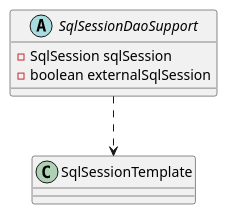
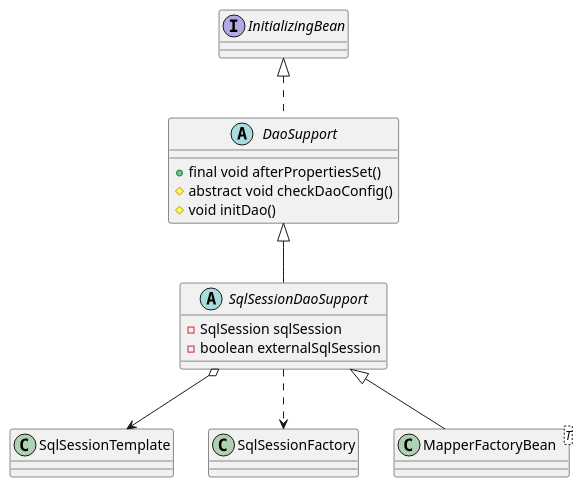
The diagram in 20-framework/src/mybatis/mybatis-spring/support/SqlSessionDaoSupport.md (onlyonion/development), drawn with PlantUML before and after one commit. The commit also changed other lines of this file and 54 other files, not shown here.

Commit message:
mybatis spring

````diff
--- a/20-framework/src/mybatis/mybatis-spring/support/SqlSessionDaoSupport.md
+++ b/20-framework/src/mybatis/mybatis-spring/support/SqlSessionDaoSupport.md
@@ -11,14 +13,32 @@
 ```plantuml
 @startuml
 
+'''''''''''''''spring.dao'''''''''''''''''''''
+interface InitializingBean
+InitializingBean ^.. DaoSupport
+
+abstract class DaoSupport {
+    + final void afterPropertiesSet() 
+    # abstract void checkDaoConfig()
+    # void initDao()
+}
+
+DaoSupport ^-- SqlSessionDaoSupport
+
+'''''''''''''''mybatis'''''''''''''''''''''
 abstract class SqlSessionDaoSupport {
     - SqlSession sqlSession
     - boolean externalSqlSession
 }
 
-class SqlSessionTemplate
+SqlSessionDaoSupport o--> SqlSessionTemplate
+SqlSessionDaoSupport ..> SqlSessionFactory
 
-SqlSessionDaoSupport ..> SqlSessionTemplate
+'''''''''''''''MapperFactoryBean'''''''''''''''''''''
+SqlSessionDaoSupport ^-- MapperFactoryBean
+class MapperFactoryBean<T> {
+
+}
 
 @enduml
 ```
````
